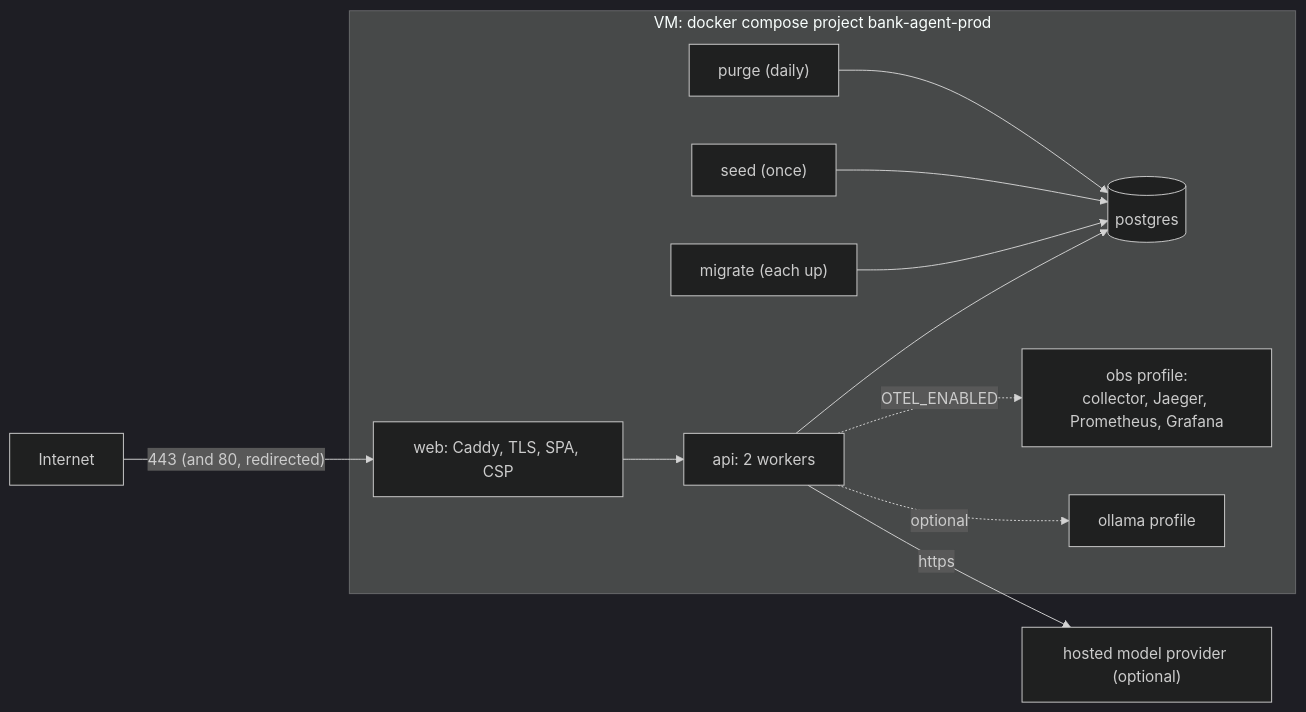
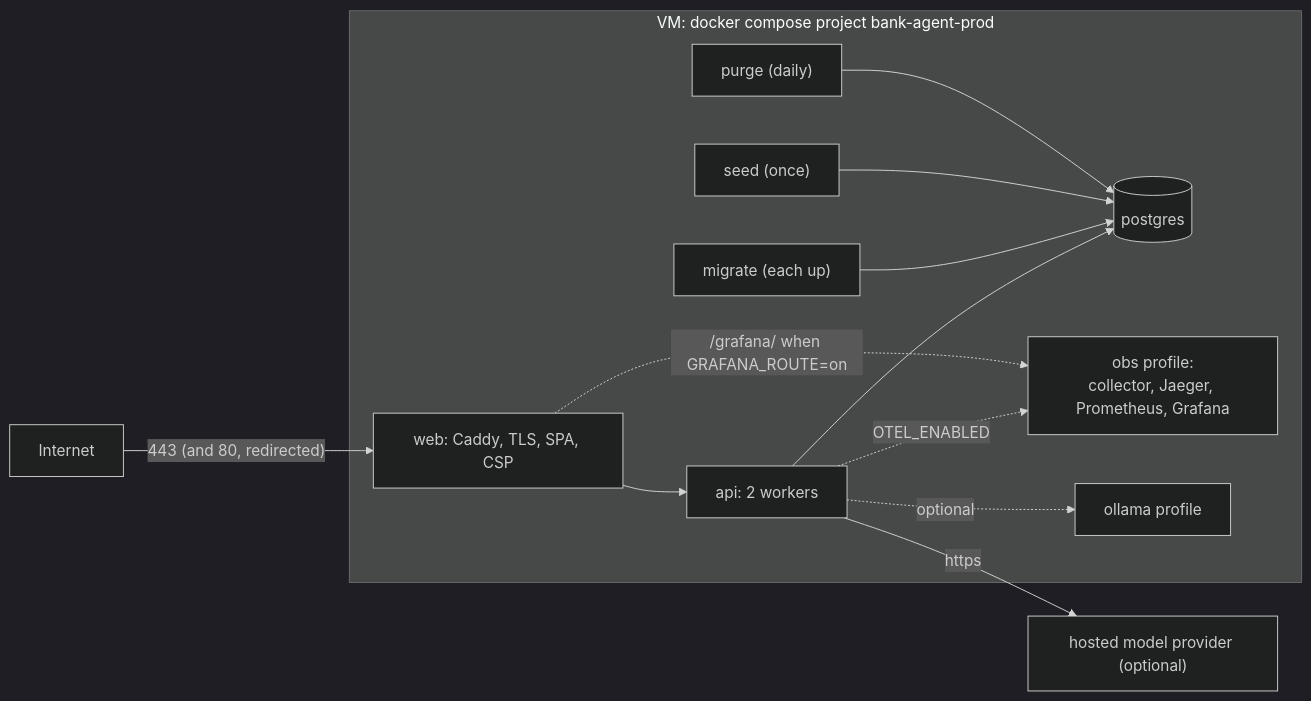
The first of 4 diagrams in deploy/README.md (Youngermaster/factored-hackathon-2026-la-brasil-del-70), drawn with Mermaid (dark theme) before and after one commit. The commit also changed other lines of this file and 12 other files, not shown here.

````diff
--- a/deploy/README.md
+++ b/deploy/README.md
@@ -32,14 +32,15 @@
 ```mermaid
 flowchart LR
     internet["Internet"] -- "443 (and 80, redirected)" --> web
     subgraph vm["VM: docker compose project bank-agent-prod"]
         web["web: Caddy, TLS, SPA, CSP"] --> api["api: 2 workers"]
         api --> pg[("postgres")]
         migrate["migrate (each up)"] --> pg
         seed["seed (once)"] --> pg
         purge["purge (daily)"] --> pg
         api -. "OTEL_ENABLED" .-> obs["obs profile:<br/>collector, Jaeger, Prometheus, Grafana"]
+        web -. "/grafana/ when GRAFANA_ROUTE=on" .-> obs
         api -. "optional" .-> ollama["ollama profile"]
     end
     api -- "https" --> provider["hosted model provider (optional)"]
 ```
````
